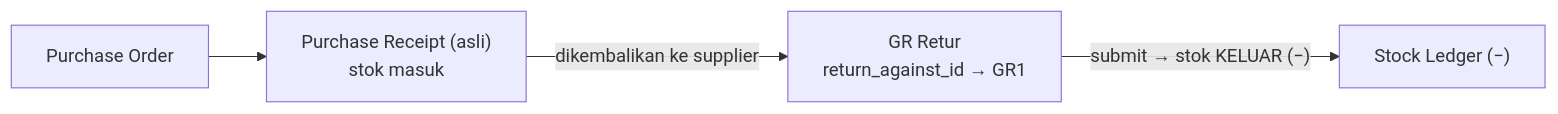
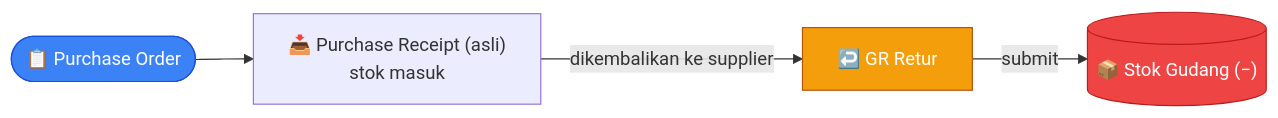
One commit to RimbunCode/erp_pataya changed the third of 4 diagrams in docs/tutorials/retur.md. Above: the diagram before and after it, drawn with Mermaid. The commit also changed other lines of this file and 14 other files, not shown here.

````diff
--- a/docs/tutorials/retur.md
+++ b/docs/tutorials/retur.md
@@ -88,6 +95,10 @@
 ```mermaid
 flowchart LR
-    PO[Purchase Order] --> GR1["Purchase Receipt (asli)<br/>stok masuk"]
-    GR1 -->|"dikembalikan ke supplier"| GR2["GR Retur<br/>return_against_id → GR1"]
-    GR2 -->|"submit → stok KELUAR (−)"| SLE["Stock Ledger (−)"]
+    PO(["📋 Purchase Order"]) --> GR1["📥 Purchase Receipt (asli)<br/>stok masuk"]
+    GR1 -->|"dikembalikan ke supplier"| GR2["↩️ GR Retur"]
+    GR2 -->|"submit"| SLE[("📦 Stok Gudang (−)")]
+
+    style PO fill:#3b82f6,stroke:#1d4ed8,color:#fff
+    style GR2 fill:#f59e0b,stroke:#b45309,color:#fff
+    style SLE fill:#ef4444,stroke:#b91c1c,color:#fff
 ```
````
